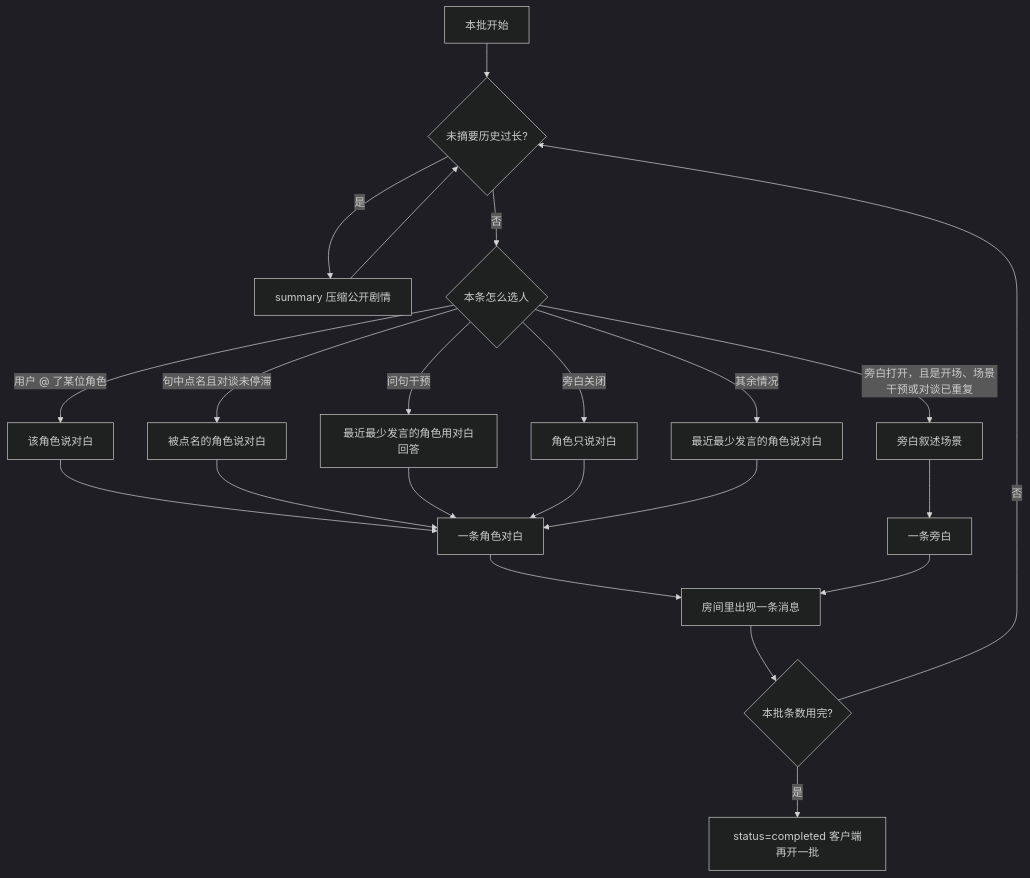
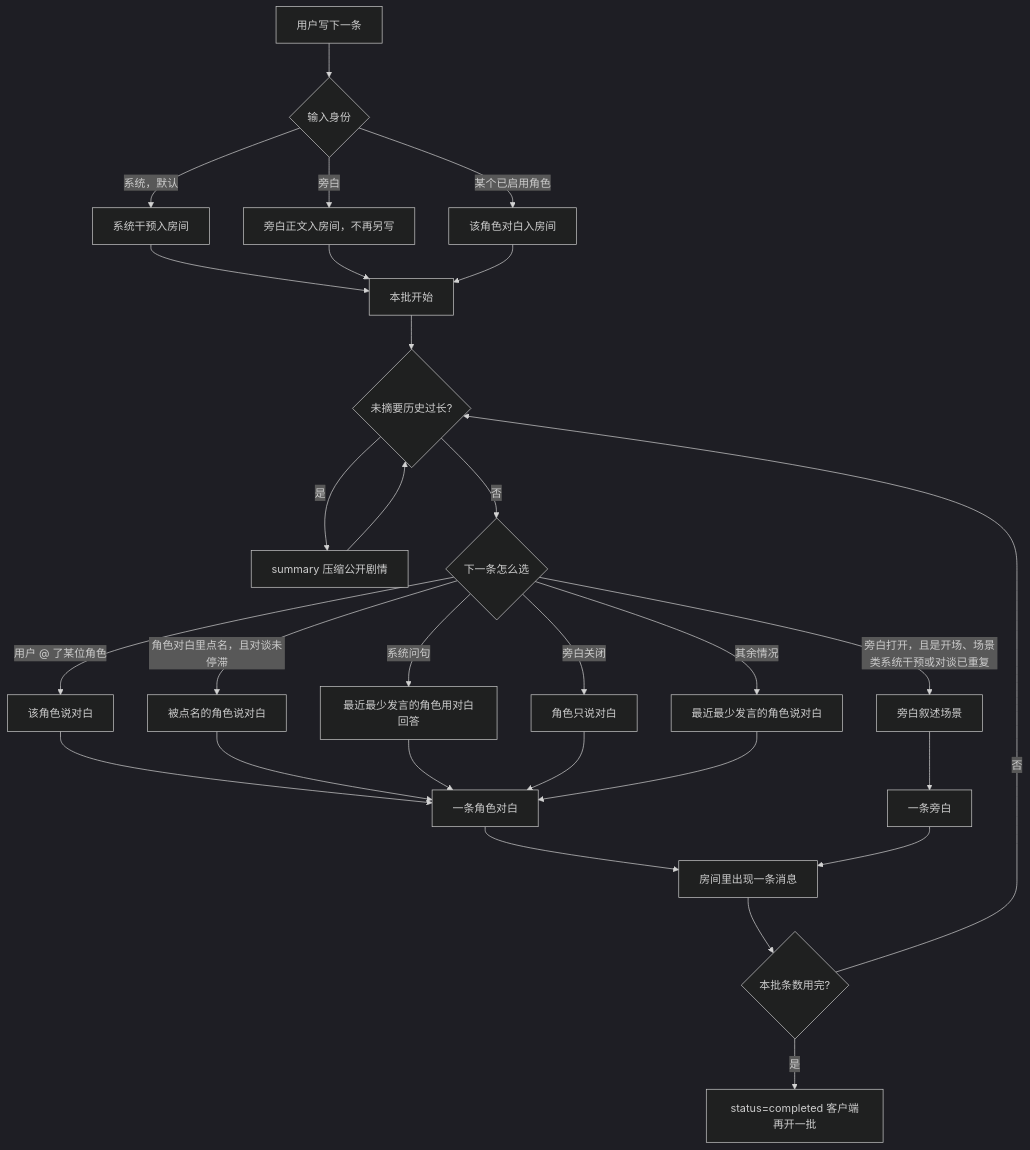
Before and after one commit to marvin-season/landing-page: the diagram in src/lib/group-chat/README.md, drawn with Mermaid (dark theme). The commit also changed other lines of this file and 10 other files, not shown here.

````diff
--- a/src/lib/group-chat/README.md
+++ b/src/lib/group-chat/README.md
@@ -3,24 +11,31 @@
 ```mermaid
 flowchart TD
+  input[用户写下一条] --> identity{输入身份}
+  identity -->|系统，默认| systemMsg[系统干预入房间]
+  identity -->|旁白| narrationMsg[旁白正文入房间，不再另写]
+  identity -->|某个已启用角色| roleMsg[该角色对白入房间]
+  systemMsg --> start
+  narrationMsg --> start
+  roleMsg --> start
   start[本批开始] --> summary{未摘要历史过长?}
   summary -->|是| sumAgent[summary 压缩公开剧情]
   sumAgent --> summary
-  summary -->|否| pick{本条怎么选人}
+  summary -->|否| pick{下一条怎么选}
   pick -->|用户 @ 了某位角色| named[该角色说对白]
-  pick -->|句中点名且对谈未停滞| reply[被点名的角色说对白]
-  pick -->|问句干预| ask[最近最少发言的角色用对白回答]
+  pick -->|角色对白里点名，且对谈未停滞| reply[被点名的角色说对白]
+  pick -->|系统问句| ask[最近最少发言的角色用对白回答]
   pick -->|旁白关闭| talk[角色只说对白]
-  pick -->|旁白打开，且是开场、场景干预或对谈已重复| narrate[旁白叙述场景]
+  pick -->|旁白打开，且是开场、场景类系统干预或对谈已重复| narrate[旁白叙述场景]
   pick -->|其余情况| least[最近最少发言的角色说对白]
   named --> line[一条角色对白]
   reply --> line
   ask --> line
   talk --> line
   least --> line
   narrate --> narrator[一条旁白]
   line --> visible[房间里出现一条消息]
   narrator --> visible
   visible --> next{本批条数用完?}
   next -->|否| summary
   next -->|是| done[status=completed 客户端再开一批]
 ```
````
